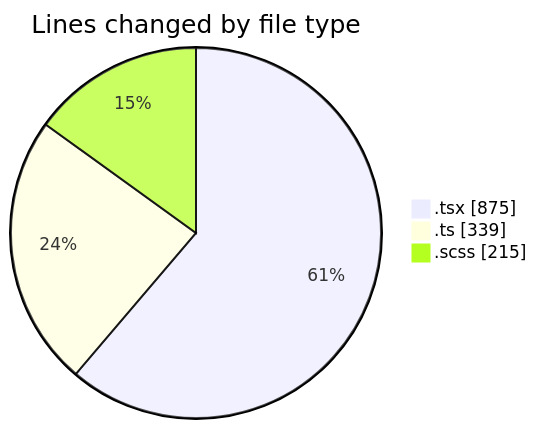
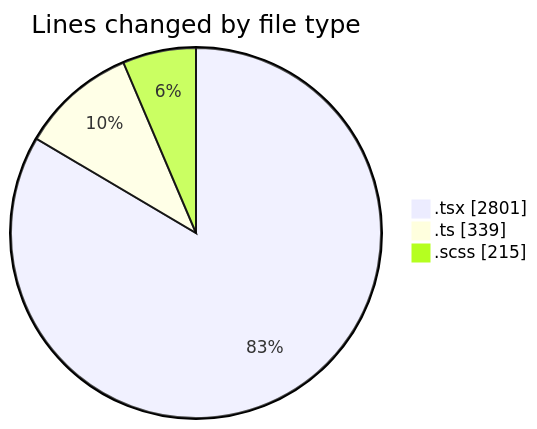
One commit to momahboobian/code-tracking changed the first of 2 diagrams in 2025-07-08/cda/README.md. Above: the diagram before and after it, drawn with Mermaid. The commit also changed other lines of this file and 1 other file, not shown here.

````diff
--- a/2025-07-08/cda/README.md
+++ b/2025-07-08/cda/README.md
@@ -31,7 +33,7 @@
 ```mermaid
 pie showData
 title Lines changed by file type
-".tsx" : 875
+".tsx" : 2801
 ".ts" : 339
 ".scss" : 215
 ```
````
